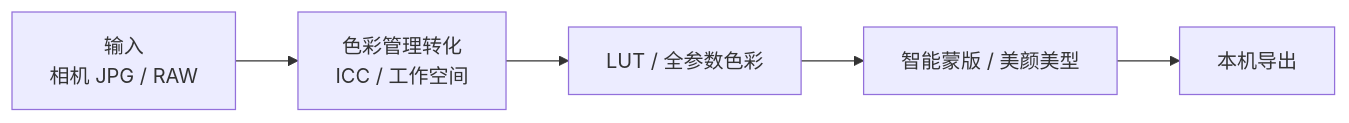
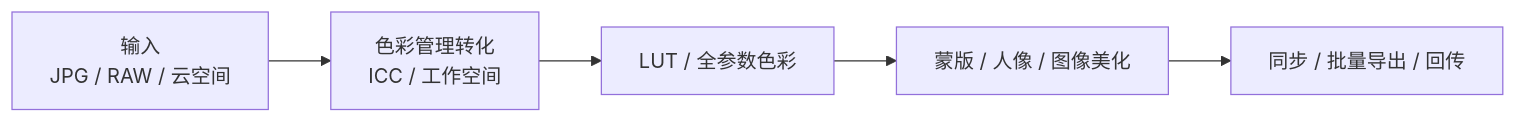
One commit to 18818474455/liangzai changed the diagram in README.md. Above: the diagram before and after it, drawn with Mermaid. The commit also changed other lines of this file, not shown here.

````diff
--- a/README.md
+++ b/README.md
@@ -101,7 +132,7 @@
 ```mermaid
 flowchart LR
-  A[输入<br/>相机 JPG / RAW] --> B[色彩管理转化<br/>ICC / 工作空间]
+  A[输入<br/>JPG / RAW / 云空间] --> B[色彩管理转化<br/>ICC / 工作空间]
   B --> C[LUT / 全参数色彩]
-  C --> D[智能蒙版 / 美颜美型]
-  D --> E[本机导出]
+  C --> D[蒙版 / 人像 / 图像美化]
+  D --> E[同步 / 批量导出 / 回传]
 ```
````
